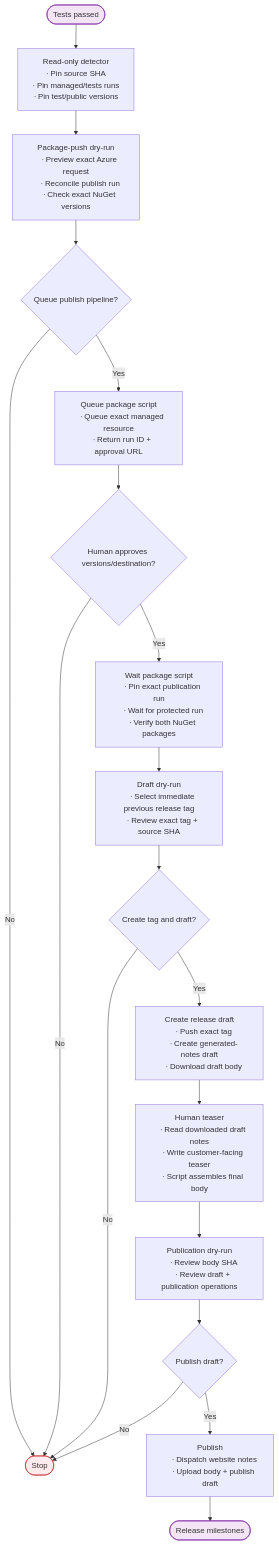
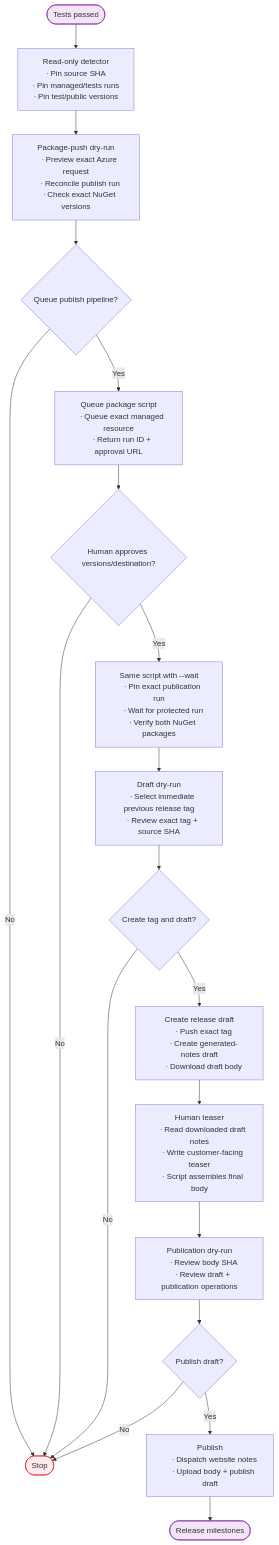
Before and after one commit to mono/SkiaSharp: the third of 4 diagrams in documentation/dev/releasing.md, drawn with Mermaid. The commit also changed 4 other files, not shown here.

First line of the commit message:
Merge package publication queue and wait

````diff
--- a/documentation/dev/releasing.md
+++ b/documentation/dev/releasing.md
@@ -229,49 +229,49 @@
 ```mermaid
 flowchart TB
     START([Tests passed]) --> DETECT
     DETECT["Read-only detector
     ∙ Pin source SHA
     ∙ Pin managed/tests runs
     ∙ Pin test/public versions"] --> PUSH_AUDIT
     PUSH_AUDIT["Package-push dry-run
     ∙ Preview exact Azure request
     ∙ Reconcile publish run
     ∙ Check exact NuGet versions"] --> APPROVE1{Queue publish pipeline?}
     APPROVE1 -->|No| STOP([Stop])
     APPROVE1 -->|Yes| PUSH
     PUSH["Queue package script
     ∙ Queue exact managed resource
     ∙ Return run ID + approval URL"] --> AZURE_APPROVAL{Human approves versions/destination?}
     AZURE_APPROVAL -->|No| STOP
     AZURE_APPROVAL -->|Yes| WAIT
-    WAIT["Wait package script
+    WAIT["Same script with --wait
     ∙ Pin exact publication run
     ∙ Wait for protected run
     ∙ Verify both NuGet packages"] --> DRAFT_AUDIT
     DRAFT_AUDIT["Draft dry-run
     ∙ Select immediate previous release tag
     ∙ Review exact tag + source SHA"] --> APPROVE2{Create tag and draft?}
     APPROVE2 -->|No| STOP
     APPROVE2 -->|Yes| DRAFT
     DRAFT["Create release draft
     ∙ Push exact tag
     ∙ Create generated-notes draft
     ∙ Download draft body"] --> TEASER
     TEASER["Human teaser
     ∙ Read downloaded draft notes
     ∙ Write customer-facing teaser
     ∙ Script assembles final body"] --> PUBLICATION_AUDIT
     PUBLICATION_AUDIT["Publication dry-run
     ∙ Review body SHA
     ∙ Review draft + publication operations"] --> APPROVE3{Publish draft?}
     APPROVE3 -->|No| STOP
     APPROVE3 -->|Yes| PUBLISH
     PUBLISH["Publish
     ∙ Dispatch website notes
     ∙ Upload body + publish draft"] --> HANDOFF([Release milestones])
 
     classDef error fill:#ffebee,stroke:#c62828
     classDef endpoint fill:#f3e5f5,stroke:#7b1fa2
     class STOP error
     class START,HANDOFF endpoint
 ```
````
